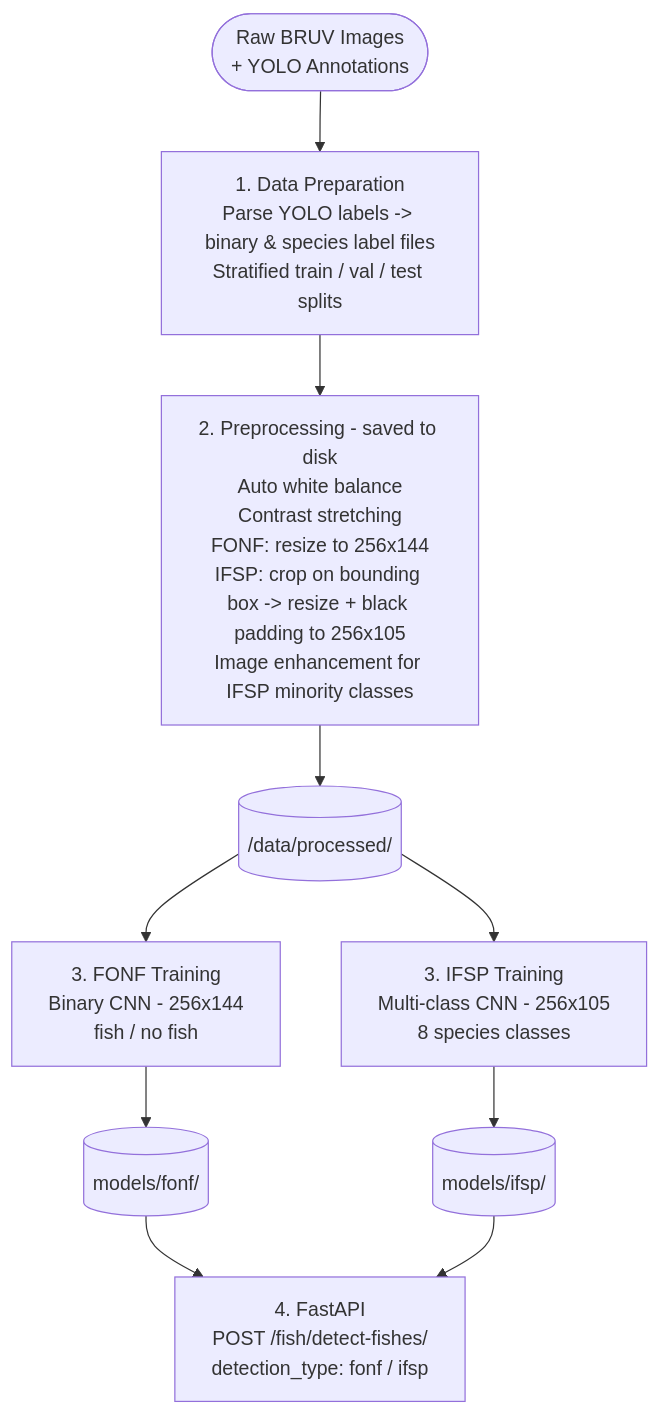
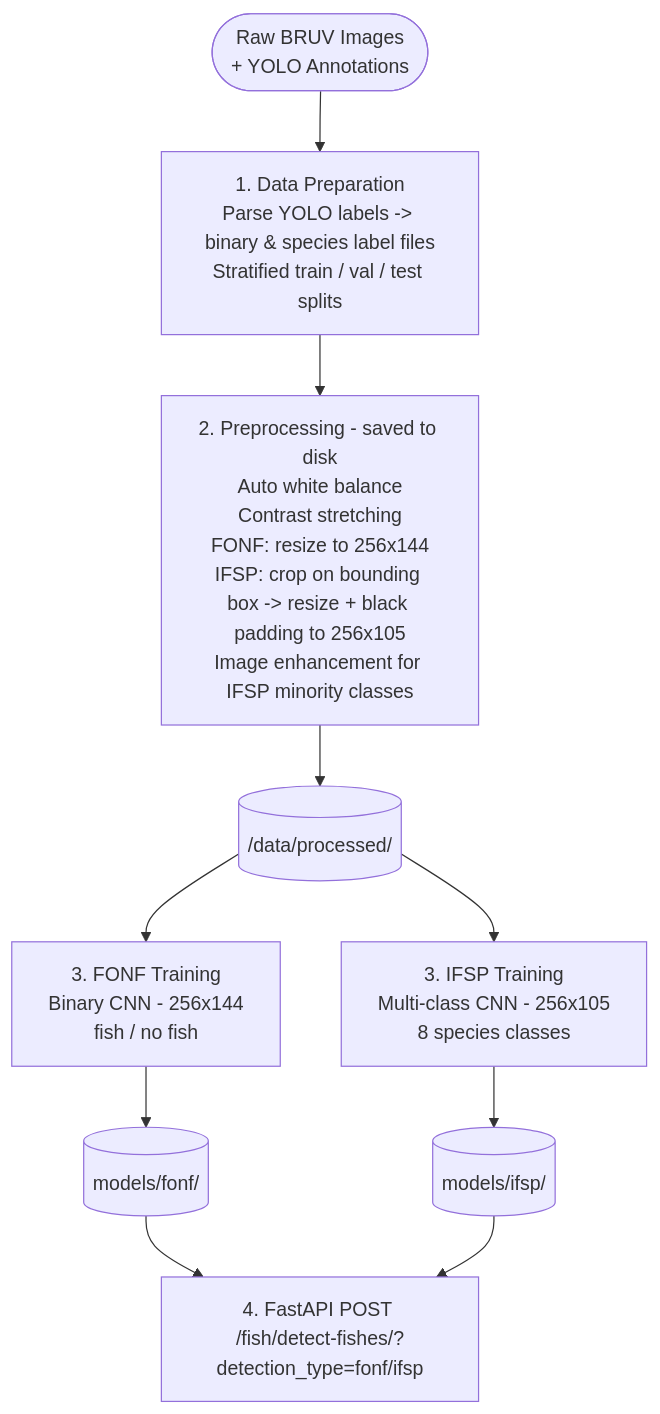
Before and after one commit to AurelienChagnon/baitwatch: the diagram in README.md, drawn with Mermaid.

Commit message:
Update Readme API path

````diff
--- a/README.md
+++ b/README.md
@@ -147,21 +147,19 @@
 ```mermaid
 flowchart TD
     A([ Raw BRUV Images\n+ YOLO Annotations])
 
     A --> B[1. Data Preparation\nParse YOLO labels -> binary & species label files\nStratified train / val / test splits]
 
     B --> C[2. Preprocessing - saved to disk\nAuto white balance\nContrast stretching\nFONF: resize to 256x144\nIFSP: crop on bounding box -> resize + black padding to 256x105\nImage enhancement for IFSP minority classes]
 
     C --> D[(/data/processed/)]
 
     D --> E[3. FONF Training\nBinary CNN - 256x144\nfish / no fish]
     D --> F[3. IFSP Training\nMulti-class CNN - 256x105\n8 species classes]
 
     E --> G[(models/fonf/)]
     F --> H[(models/ifsp/)]
 
-    G --> I[4. FastAPI
-POST /fish/detect-fishes/
-detection_type: fonf / ifsp]
+    G --> I[4. FastAPI POST /fish/detect-fishes/?detection_type=fonf/ifsp]
     H --> I
 ```
````
